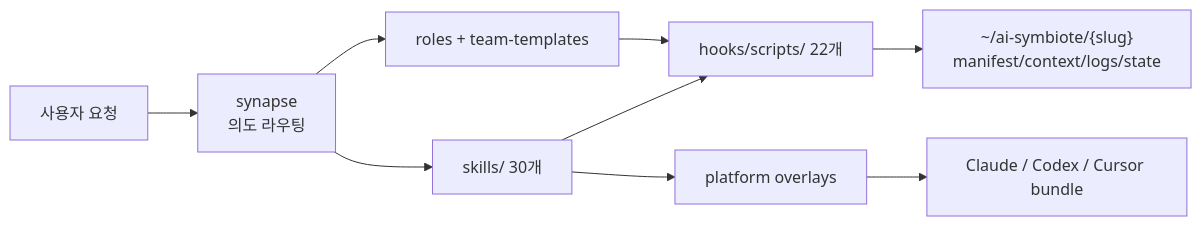
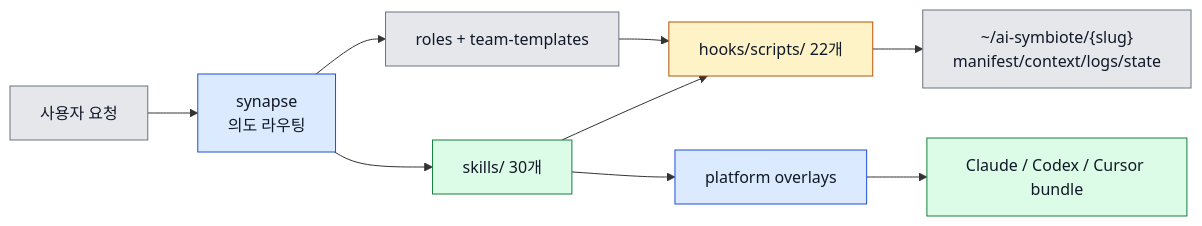
The first of 3 diagrams in README.md (Jimmy-Jung/ai-symbiote), drawn with Mermaid before and after one commit. The commit also changed other lines of this file and 10 other files, not shown here.

Commit message:
docs(mermaid): 다이어그램 대비 색상 개선

````diff
--- a/README.md
+++ b/README.md
@@ -43,11 +43,20 @@
 ```mermaid
 flowchart LR
     A["사용자 요청"] --> B["synapse<br/>의도 라우팅"]
     B --> C["skills/ 30개"]
     B --> D["roles + team-templates"]
     C --> E["hooks/scripts/ 22개"]
     D --> E
     E --> F["~/ai-symbiote/{slug}<br/>manifest/context/logs/state"]
     C --> G["platform overlays"]
     G --> H["Claude / Codex / Cursor bundle"]
+
+    style A fill:#e5e7eb,stroke:#6b7280,color:#111827
+    style B fill:#dbeafe,stroke:#1d4ed8,color:#111827
+    style C fill:#dcfce7,stroke:#15803d,color:#111827
+    style D fill:#e5e7eb,stroke:#6b7280,color:#111827
+    style E fill:#fef3c7,stroke:#b45309,color:#111827
+    style F fill:#e5e7eb,stroke:#6b7280,color:#111827
+    style G fill:#dbeafe,stroke:#1d4ed8,color:#111827
+    style H fill:#dcfce7,stroke:#15803d,color:#111827
 ```
````
